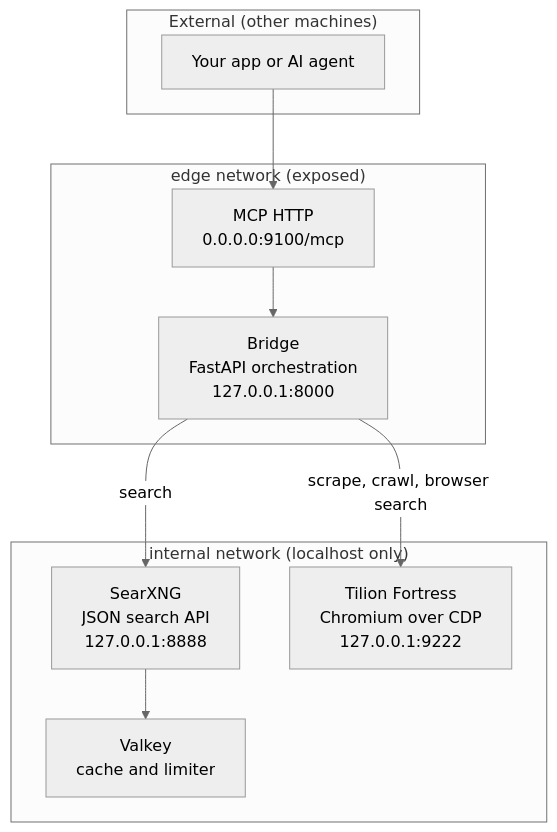
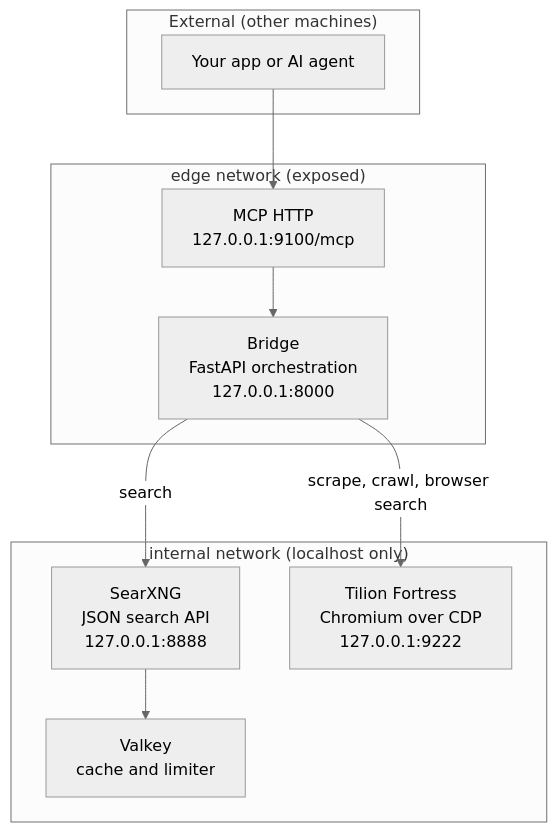
The first of 2 diagrams in README.md (kiuckhuang/web-scraping), drawn with Mermaid (neutral theme) before and after one commit. The commit also changed other lines of this file, not shown here.

````diff
--- a/README.md
+++ b/README.md
@@ -25,21 +25,21 @@
 ```mermaid
 flowchart TB
     subgraph external["External (other machines)"]
         client["Your app or AI agent"]
     end
     subgraph edge["edge network (exposed)"]
-        mcp["MCP HTTP\n0.0.0.0:9100/mcp"]
+        mcp["MCP HTTP\n127.0.0.1:9100/mcp"]
         bridge["Bridge\nFastAPI orchestration\n127.0.0.1:8000"]
     end
     subgraph internal["internal network (localhost only)"]
         searx["SearXNG\nJSON search API\n127.0.0.1:8888"]
         fortress["Tilion Fortress\nChromium over CDP\n127.0.0.1:9222"]
         valkey["Valkey\ncache and limiter"]
     end
 
     client --> mcp
     mcp --> bridge
     bridge -->|search| searx
     bridge -->|scrape, crawl, browser search| fortress
     searx --> valkey
 ```
````
